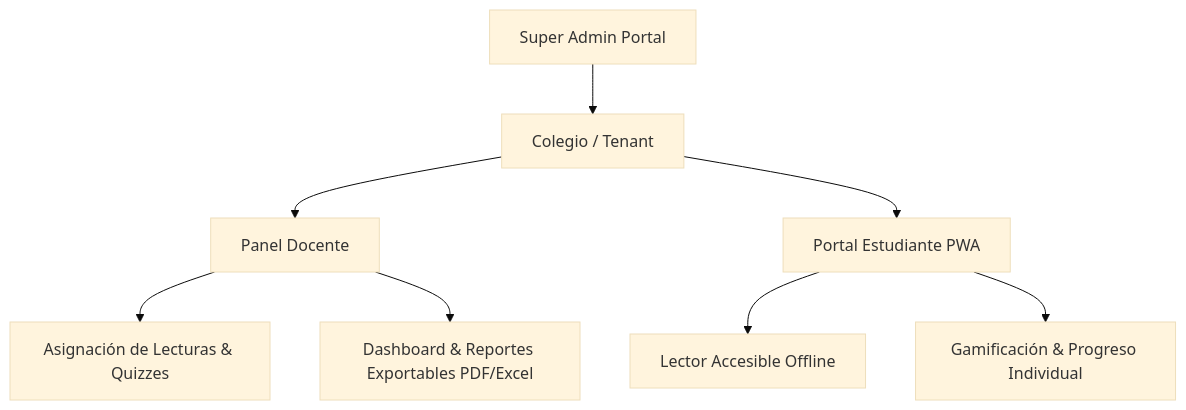
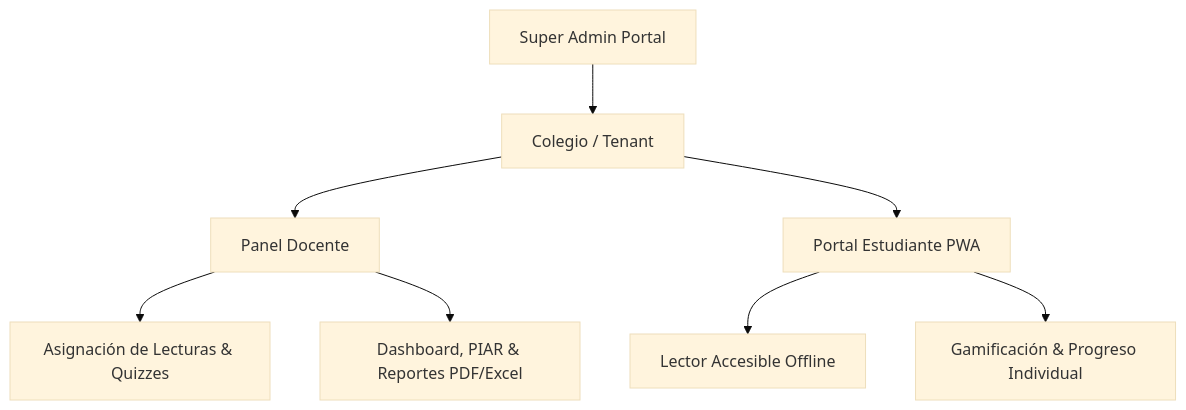
The diagram in PROJECT_SCOPE.md (JorgeCoy/aileer-lectura-accesible), drawn with Mermaid (base theme) before and after one commit. The commit also changed other lines of this file, not shown here.

````diff
--- a/PROJECT_SCOPE.md
+++ b/PROJECT_SCOPE.md
@@ -30,10 +47,10 @@
 ```mermaid
 graph TD
     A[Super Admin Portal] --> B[Colegio / Tenant]
     B --> C[Panel Docente]
     B --> D[Portal Estudiante PWA]
     C --> E[Asignación de Lecturas & Quizzes]
-    C --> F[Dashboard & Reportes Exportables PDF/Excel]
+    C --> F[Dashboard, PIAR & Reportes PDF/Excel]
     D --> G[Lector Accesible Offline]
     D --> H[Gamificación & Progreso Individual]
 ```
````
